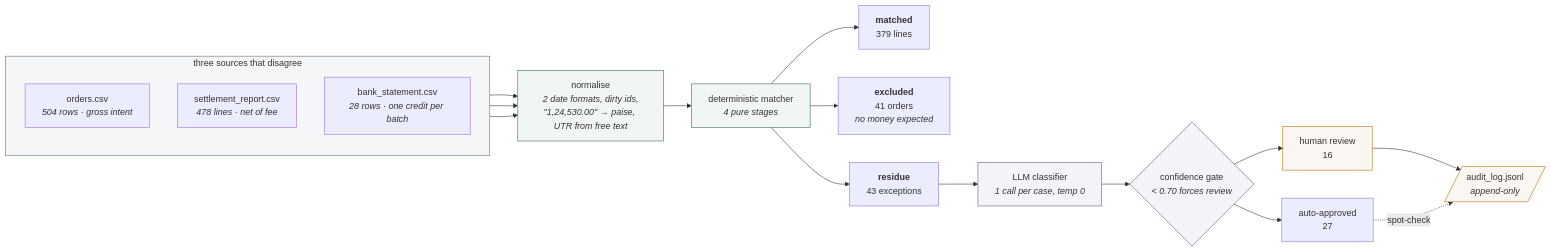
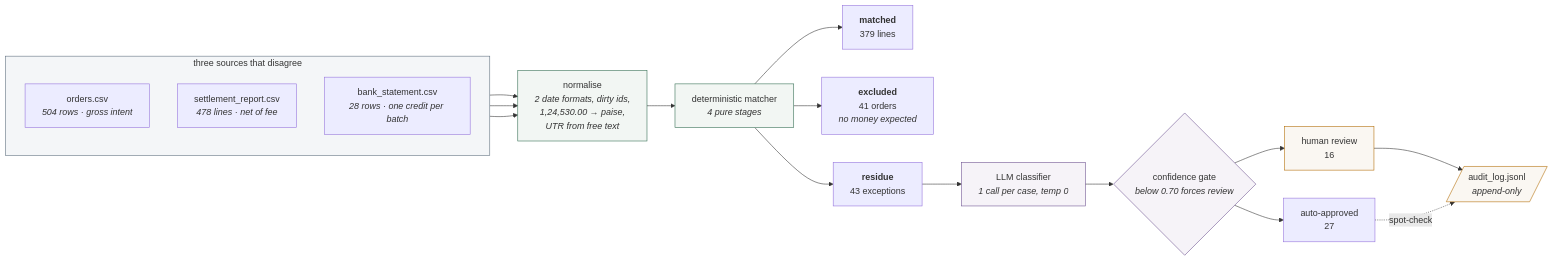
Before and after one commit to varnikapv/recoloop: the diagram in README.md, drawn with Mermaid. The commit also changed 1 other file, not shown here.

Commit message:
Fix mermaid render failure in the README pipeline diagram
GitHub decodes HTML entities before mermaid parses the block, so the
&quot; entities inside the normalise node became real quotes and terminated
the label early:

  Parse error on line 9:
  ...s,<br/>"1,24,530.00" -> paise, UTR from f...

The diagram failed to render on the public repo. Quotes dropped from the
label, and &lt; replaced with the word "below" in both gate nodes so no
diagram depends on entity handling.

My earlier validation parsed the raw source rather than the decoded source,
which is why it passed locally and failed on GitHub; the check now unescapes
entities first, and was confirmed to reject the original node.

````diff
--- a/README.md
+++ b/README.md
@@ -24,42 +24,42 @@
 ```mermaid
 flowchart LR
   subgraph SRC["three sources that disagree"]
     direction TB
     O["orders.csv<br/><i>504 rows · gross intent</i>"]
     S["settlement_report.csv<br/><i>478 lines · net of fee</i>"]
     B["bank_statement.csv<br/><i>28 rows · one credit per batch</i>"]
   end
 
-  N["normalise<br/><i>2 date formats, dirty ids,<br/>&quot;1,24,530.00&quot; → paise, UTR from free text</i>"]
+  N["normalise<br/><i>2 date formats, dirty ids,<br/>1,24,530.00 → paise,<br/>UTR from free text</i>"]
   M["deterministic matcher<br/><i>4 pure stages</i>"]
 
   MA["<b>matched</b><br/>379 lines"]
   EX["<b>excluded</b><br/>41 orders<br/><i>no money expected</i>"]
   R["<b>residue</b><br/>43 exceptions"]
 
   C["LLM classifier<br/><i>1 call per case, temp 0</i>"]
-  G{"confidence gate<br/><i>&lt; 0.70 forces review</i>"}
+  G{"confidence gate<br/><i>below 0.70 forces review</i>"}
   AUTO["auto-approved<br/>27"]
   HUM["human review<br/>16"]
   A[/"audit_log.jsonl<br/><i>append-only</i>"/]
 
   O --> N
   S --> N
   B --> N
   N --> M
   M --> MA
   M --> EX
   M --> R
   R --> C --> G
   G --> AUTO
   G --> HUM --> A
   AUTO -.->|"spot-check"| A
 
   style SRC fill:#f4f6f8,stroke:#5b6b7c
   style M fill:#f2f6f3,stroke:#2f6b4f
   style N fill:#f2f6f3,stroke:#2f6b4f
   style C fill:#f6f3f8,stroke:#6b4f8f
   style G fill:#f6f3f8,stroke:#6b4f8f
   style HUM fill:#faf7f2,stroke:#b26a00
   style A fill:#faf7f2,stroke:#b26a00
 ```
````
